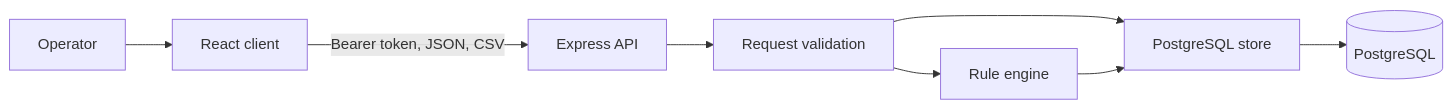
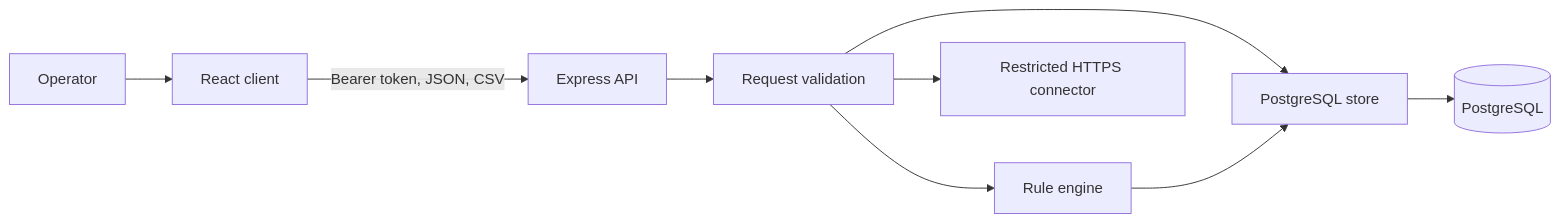
One commit to 1cbyc/datalint changed the diagram in docs/architecture/adr-005-system-boundaries.md. Above: the diagram before and after it, drawn with Mermaid. The commit also changed other lines of this file and 19 other files, not shown here.

````diff
--- a/docs/architecture/adr-005-system-boundaries.md
+++ b/docs/architecture/adr-005-system-boundaries.md
@@ -11,10 +11,11 @@
 ```mermaid
 flowchart LR
   operator[Operator] --> client[React client]
   client -->|Bearer token, JSON, CSV| api[Express API]
   api --> validation[Request validation]
   validation --> engine[Rule engine]
   validation --> store[PostgreSQL store]
+  validation --> connector[Restricted HTTPS connector]
   engine --> store
   store --> database[(PostgreSQL)]
 ```
````
